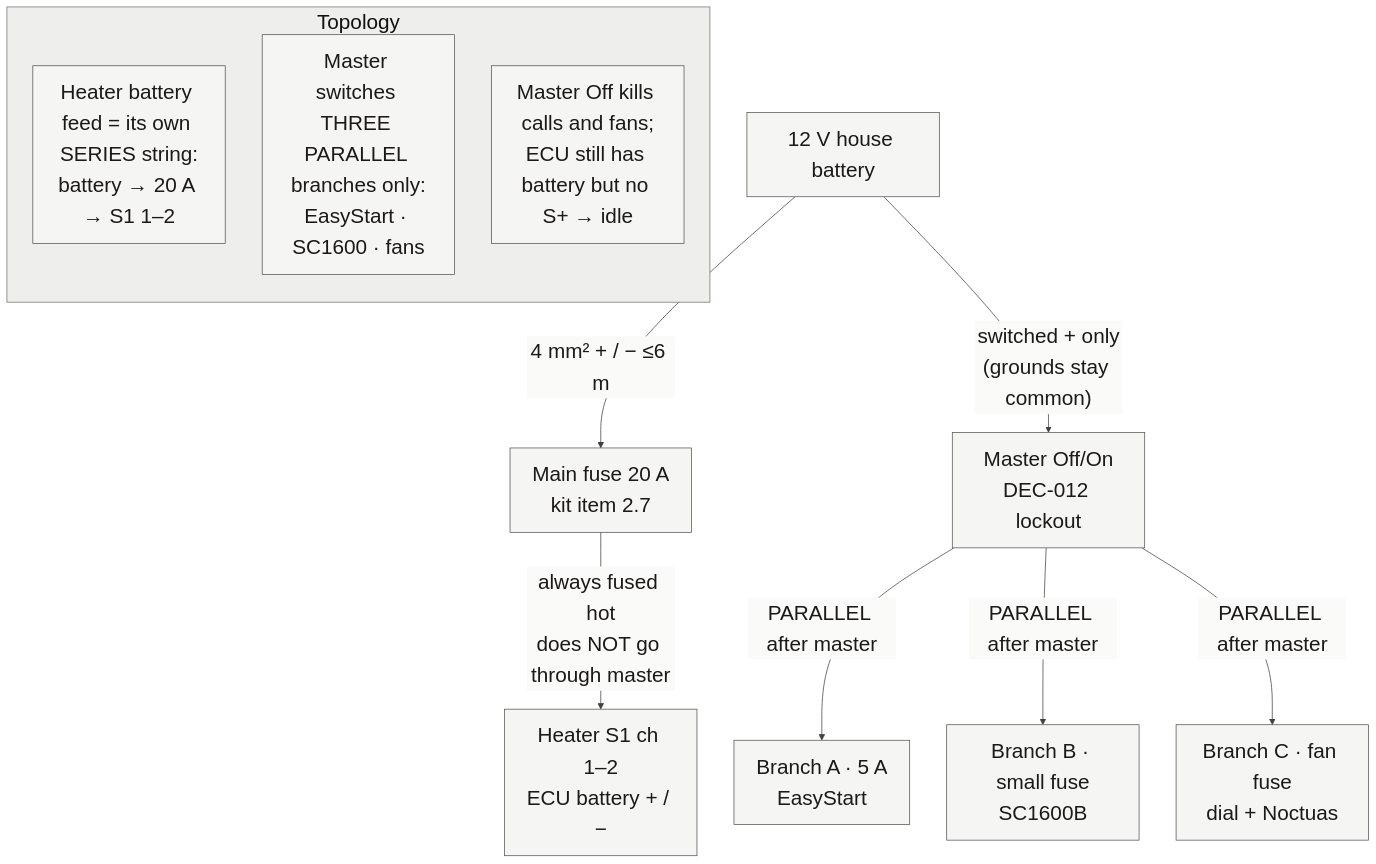
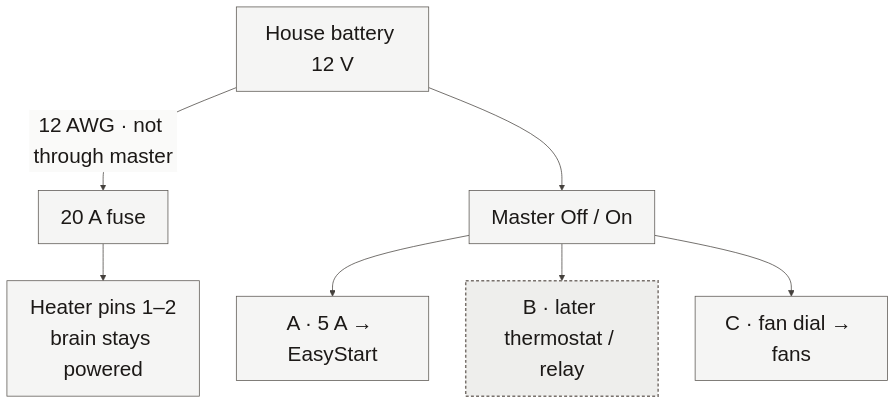
The diagram in book/diagrams/electrical-power.mmd (benracine/sprinter-heat), drawn with Mermaid before and after one commit. The commit also changed 23 other files, not shown here.

```diff
--- a/book/diagrams/electrical-power.mmd
+++ b/book/diagrams/electrical-power.mmd
@@ -1,21 +1,14 @@
 %%{init: {'theme':'base','themeVariables': {'background':'#fafaf9','primaryColor':'#f5f5f4','primaryTextColor':'#1c1917','primaryBorderColor':'#57534e','lineColor':'#44403c','secondaryColor':'#e7e5e4','tertiaryColor':'#eeeeec','fontFamily':'Avenir Next, Avenir, Helvetica Neue, sans-serif','fontSize':'28px','textColor':'#1c1917','mainBkg':'#f5f5f4','clusterBkg':'#eeeeec','clusterBorder':'#78716c','edgeLabelBackground':'#fafaf9'}}}%%
 flowchart TB
-  BAT["12 V house battery"]
-
-  BAT -->|"4 mm² + / − ≤6 m"| F20["Main fuse 20 A<br/>kit item 2.7"]
-  F20 -->|"always fused hot<br/>does NOT go through master"| S12["Heater S1 ch 1–2<br/>ECU battery + / −"]
-
-  BAT -->|"switched + only<br/>(grounds stay common)"| SW["Master Off/On<br/>DEC-012 lockout"]
-  SW -->|"PARALLEL after master"| FA["Branch A · 5 A<br/>EasyStart"]
-  SW -->|"PARALLEL after master"| FB["Branch B · small fuse<br/>SC1600B"]
-  SW -->|"PARALLEL after master"| FC["Branch C · fan fuse<br/>dial + Noctuas"]
-
-  subgraph topo["Topology"]
-    direction TB
-    T1["Heater battery feed = its own SERIES string:<br/>battery → 20 A → S1 1–2"]
-    T2["Master switches THREE PARALLEL branches only:<br/>EasyStart · SC1600 · fans"]
-    T3["Master Off kills calls and fans;<br/>ECU still has battery but no S+ → idle"]
-  end
+  BAT["House battery 12 V"]
+  BAT -->|"12 AWG · not through master"| F20["20 A fuse"]
+  F20 --> S12["Heater pins 1–2<br/>brain stays powered"]
+  BAT --> SW["Master Off / On"]
+  SW --> A["A · 5 A → EasyStart"]
+  SW --> B["B · later thermostat / relay"]
+  SW --> C["C · fan dial → fans"]
 
   classDef solid fill:#f5f5f4,stroke:#57534e,stroke-width:1px,color:#1c1917;
-  class BAT,F20,S12,SW,FA,FB,FC solid;
+  classDef open fill:#eeeeec,stroke:#78716c,stroke-width:2px,stroke-dasharray:4 3,color:#1c1917;
+  class BAT,F20,S12,SW,A,C solid;
+  class B open;
```
